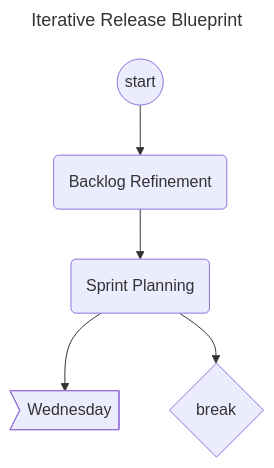
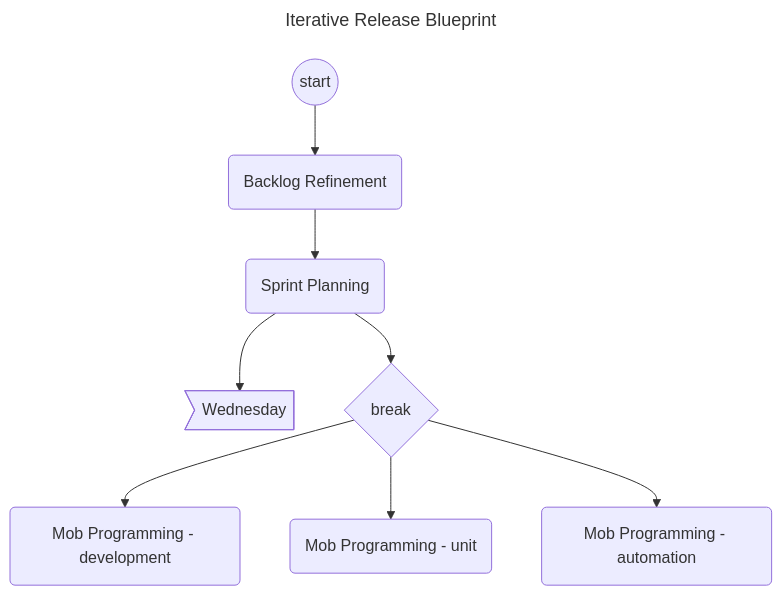
One commit to jessicahirsch/Mermaid-Diagrams changed the diagram in diagrams/diagram3.mmd. Above: the diagram before and after it, drawn with Mermaid.

Commit message:
feat(diagram3): Mob Programming blocks

```diff
--- a/diagrams/diagram3.mmd
+++ b/diagrams/diagram3.mmd
@@ -1,12 +1,16 @@
 ---
 title: Iterative Release Blueprint
 ---
 
 flowchart TD
 
 id1((start))-->A(Backlog Refinement)
 A(Backlog Refinement)-->B(Sprint Planning)
 
 B(Sprint Planning)-->id2>Wednesday]
 
 B(Sprint Planning)-->id3{break}
+
+id3{break}-->C(Mob Programming - development)
+id3{break}-->D(Mob Programming - unit)
+id3{break}-->E(Mob Programming - automation)
```
